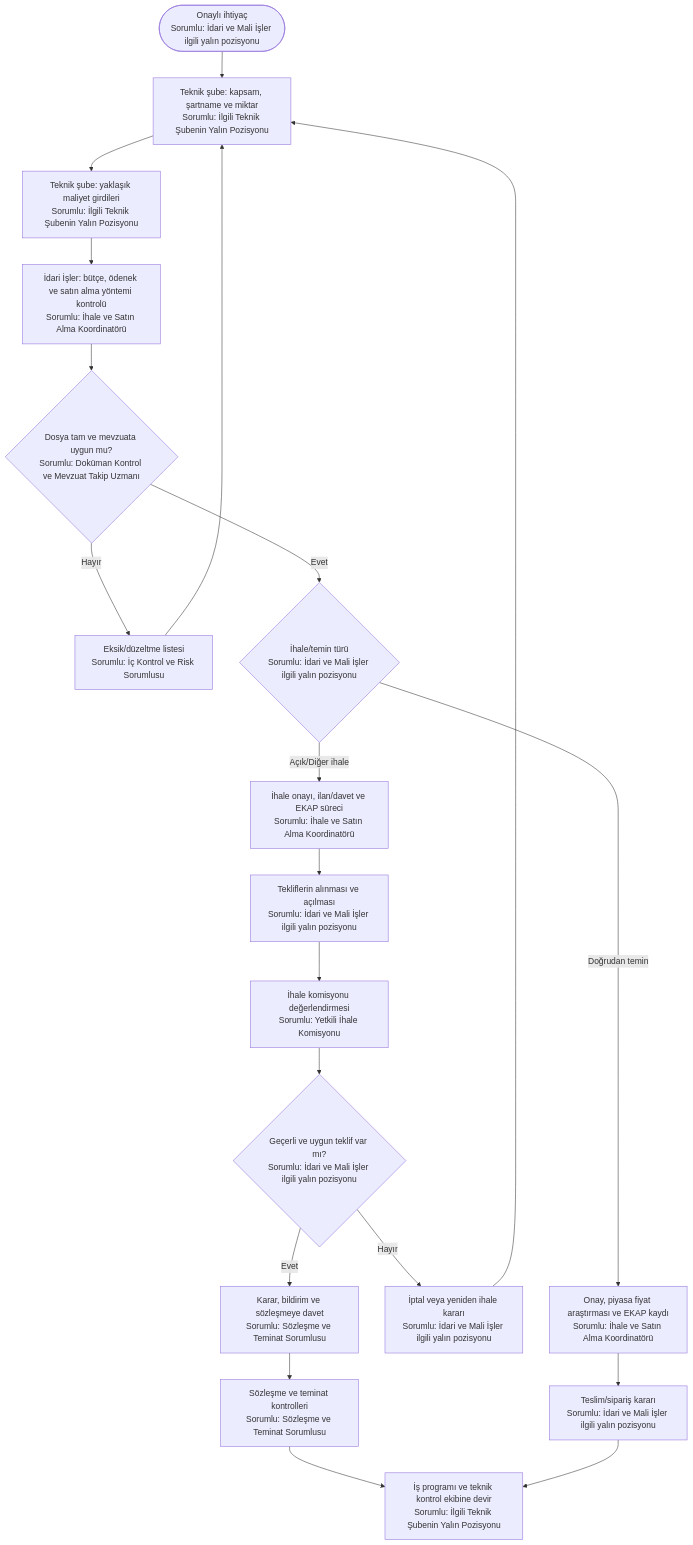
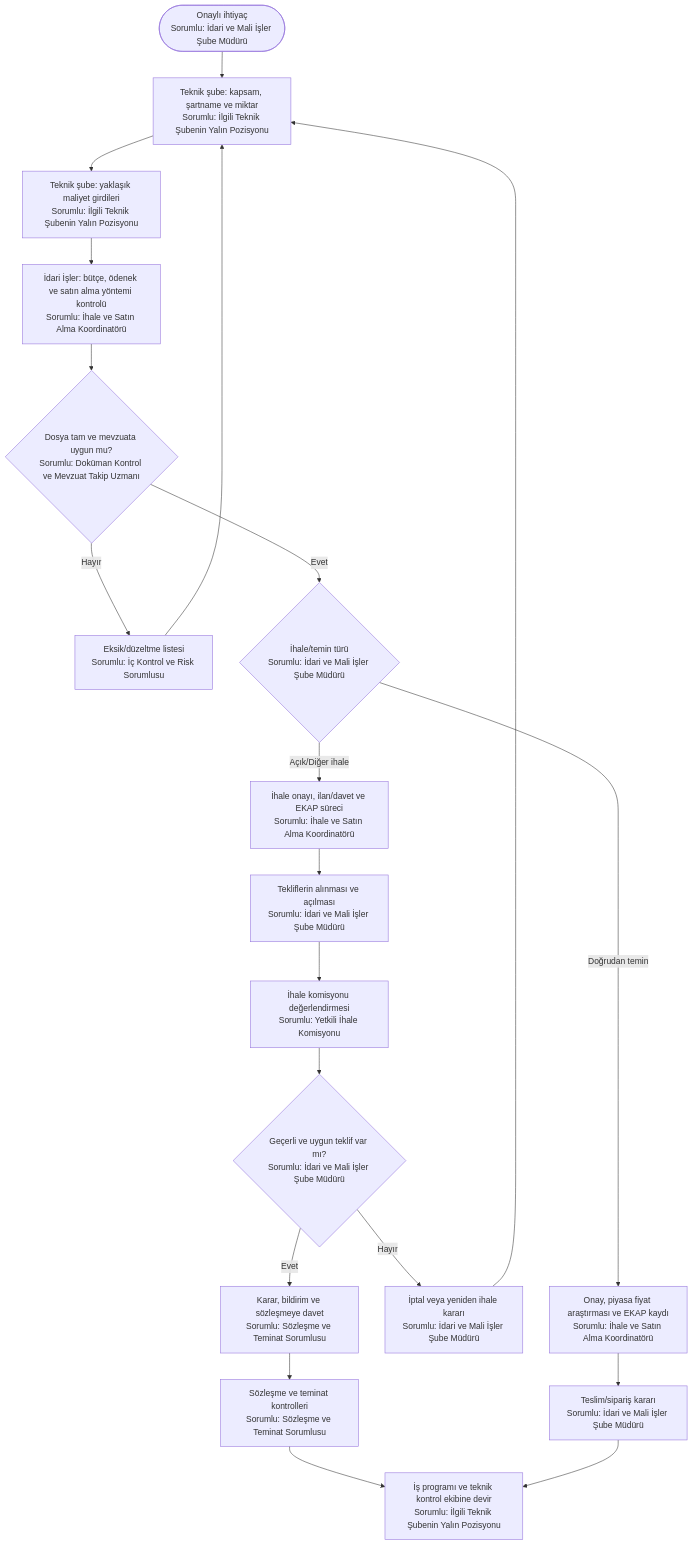
One commit to merdaergen-create/Ulasim_Dairesi_Is_Analizi changed the first of 6 diagrams in 11_yalin_surec_haritalari_sorumlulari_belirtilmis/idari_isler/README.md. Above: the diagram before and after it, drawn with Mermaid. The commit also changed other lines of this file and 9 other files, not shown here.

Commit message:
Yalın süreç haritalarını koruyarak kesin sorumlu pozisyonları ekle

````diff
--- a/11_yalin_surec_haritalari_sorumlulari_belirtilmis/idari_isler/README.md
+++ b/11_yalin_surec_haritalari_sorumlulari_belirtilmis/idari_isler/README.md
@@ -15,22 +15,22 @@
 ```mermaid
 flowchart TD
-    A([Onaylı ihtiyaç<br/>Sorumlu: İdari ve Mali İşler ilgili yalın pozisyonu]) --> B[Teknik şube: kapsam, şartname ve miktar<br/>Sorumlu: İlgili Teknik Şubenin Yalın Pozisyonu]
+    A([Onaylı ihtiyaç<br/>Sorumlu: İdari ve Mali İşler Şube Müdürü]) --> B[Teknik şube: kapsam, şartname ve miktar<br/>Sorumlu: İlgili Teknik Şubenin Yalın Pozisyonu]
     B --> C[Teknik şube: yaklaşık maliyet girdileri<br/>Sorumlu: İlgili Teknik Şubenin Yalın Pozisyonu]
     C --> D[İdari İşler: bütçe, ödenek ve satın alma yöntemi kontrolü<br/>Sorumlu: İhale ve Satın Alma Koordinatörü]
     D --> E{Dosya tam ve mevzuata uygun mu?<br/>Sorumlu: Doküman Kontrol ve Mevzuat Takip Uzmanı}
     E -- Hayır --> F[Eksik/düzeltme listesi<br/>Sorumlu: İç Kontrol ve Risk Sorumlusu]
     F --> B
-    E -- Evet --> G{İhale/temin türü<br/>Sorumlu: İdari ve Mali İşler ilgili yalın pozisyonu}
+    E -- Evet --> G{İhale/temin türü<br/>Sorumlu: İdari ve Mali İşler Şube Müdürü}
     G -- Açık/Diğer ihale --> H[İhale onayı, ilan/davet ve EKAP süreci<br/>Sorumlu: İhale ve Satın Alma Koordinatörü]
     G -- Doğrudan temin --> I[Onay, piyasa fiyat araştırması ve EKAP kaydı<br/>Sorumlu: İhale ve Satın Alma Koordinatörü]
-    H --> J[Tekliflerin alınması ve açılması<br/>Sorumlu: İdari ve Mali İşler ilgili yalın pozisyonu]
-    I --> K[Teslim/sipariş kararı<br/>Sorumlu: İdari ve Mali İşler ilgili yalın pozisyonu]
+    H --> J[Tekliflerin alınması ve açılması<br/>Sorumlu: İdari ve Mali İşler Şube Müdürü]
+    I --> K[Teslim/sipariş kararı<br/>Sorumlu: İdari ve Mali İşler Şube Müdürü]
     J --> L[İhale komisyonu değerlendirmesi<br/>Sorumlu: Yetkili İhale Komisyonu]
-    L --> M{Geçerli ve uygun teklif var mı?<br/>Sorumlu: İdari ve Mali İşler ilgili yalın pozisyonu}
-    M -- Hayır --> N[İptal veya yeniden ihale kararı<br/>Sorumlu: İdari ve Mali İşler ilgili yalın pozisyonu]
+    L --> M{Geçerli ve uygun teklif var mı?<br/>Sorumlu: İdari ve Mali İşler Şube Müdürü}
+    M -- Hayır --> N[İptal veya yeniden ihale kararı<br/>Sorumlu: İdari ve Mali İşler Şube Müdürü]
     N --> B
     M -- Evet --> O[Karar, bildirim ve sözleşmeye davet<br/>Sorumlu: Sözleşme ve Teminat Sorumlusu]
     O --> P[Sözleşme ve teminat kontrolleri<br/>Sorumlu: Sözleşme ve Teminat Sorumlusu]
     P --> Q[İş programı ve teknik kontrol ekibine devir<br/>Sorumlu: İlgili Teknik Şubenin Yalın Pozisyonu]
     K --> Q
 ```
````
